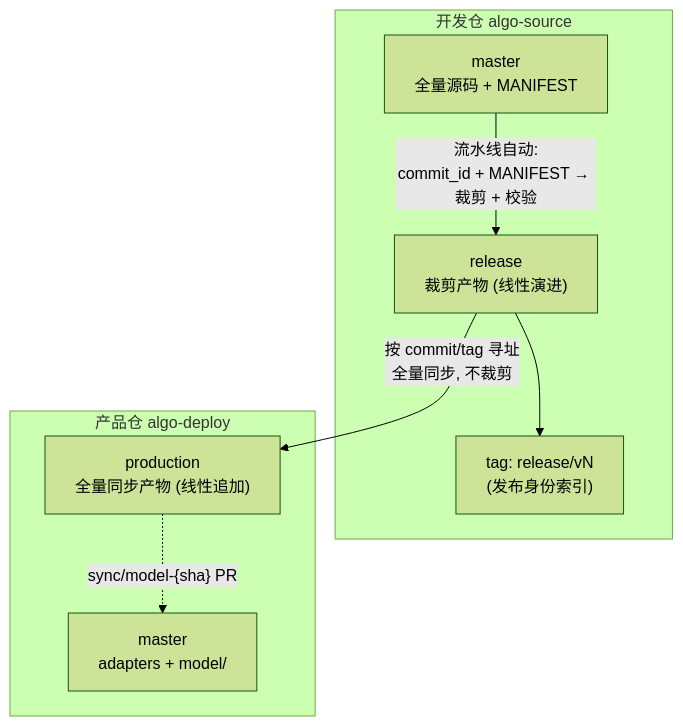
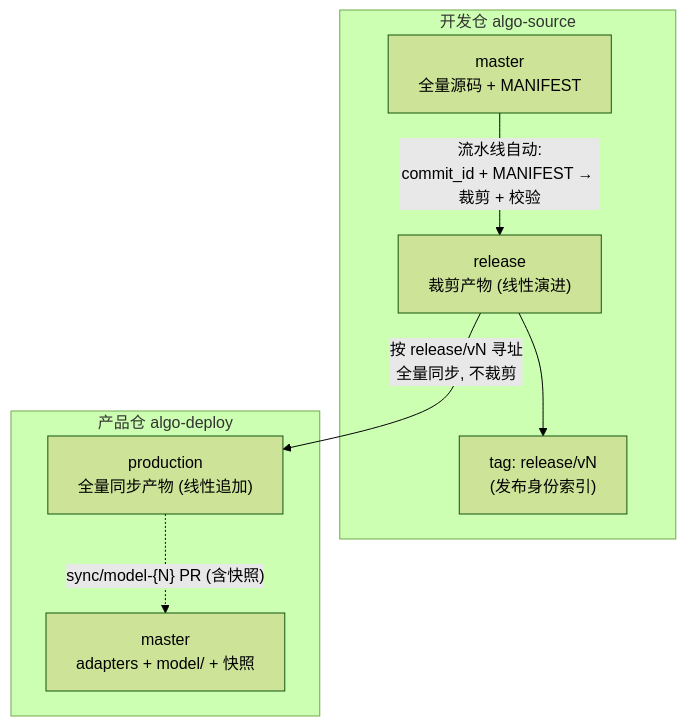
One commit to Xubenbenn/algo-source changed the diagram in docs/release-branch-design.md. Above: the diagram before and after it, drawn with Mermaid (forest theme). The commit also changed other lines of this file, not shown here.

Commit message:
docs: release 方案 v3.0 — 修复审查问题: 永远线性追加无回补/content_hash校验基准/sync PR闭环/tag命名统一

````diff
--- a/docs/release-branch-design.md
+++ b/docs/release-branch-design.md
@@ -14,18 +14,18 @@
 ```mermaid
 graph TB
     subgraph 开发仓["开发仓 algo-source"]
         M["master<br/>全量源码 + MANIFEST"]
         R["release<br/>裁剪产物 (线性演进)"]
         RT["tag: release/vN<br/>(发布身份索引)"]
     end
 
     subgraph 产品仓["产品仓 algo-deploy"]
         P["production<br/>全量同步产物 (线性追加)"]
-        PM["master<br/>adapters + model/"]
+        PM["master<br/>adapters + model/ + 快照"]
     end
 
     M -->|"流水线自动:<br/>commit_id + MANIFEST → 裁剪 + 校验"| R
-    R -->|"按 commit/tag 寻址<br/>全量同步, 不裁剪"| P
+    R -->|"按 release/vN 寻址<br/>全量同步, 不裁剪"| P
     R --> RT
-    P -.->|"sync/model-{sha} PR"| PM
+    P -.->|"sync/model-{N} PR (含快照)"| PM
 ```
````
